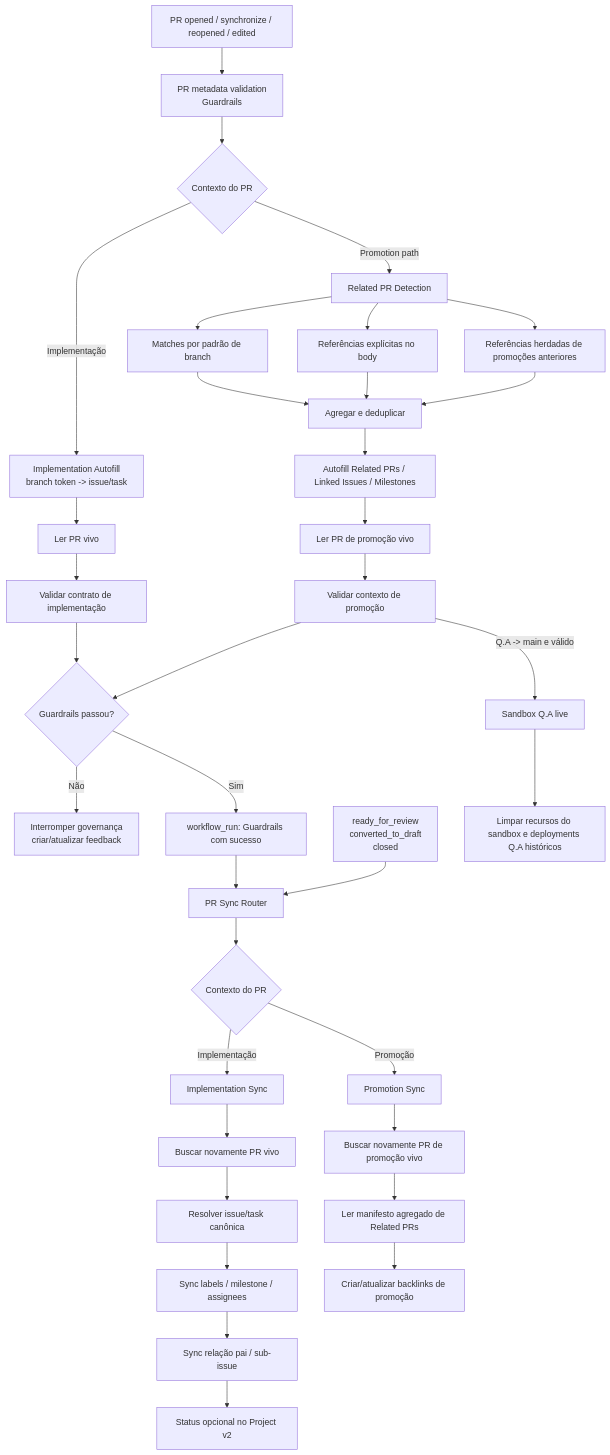
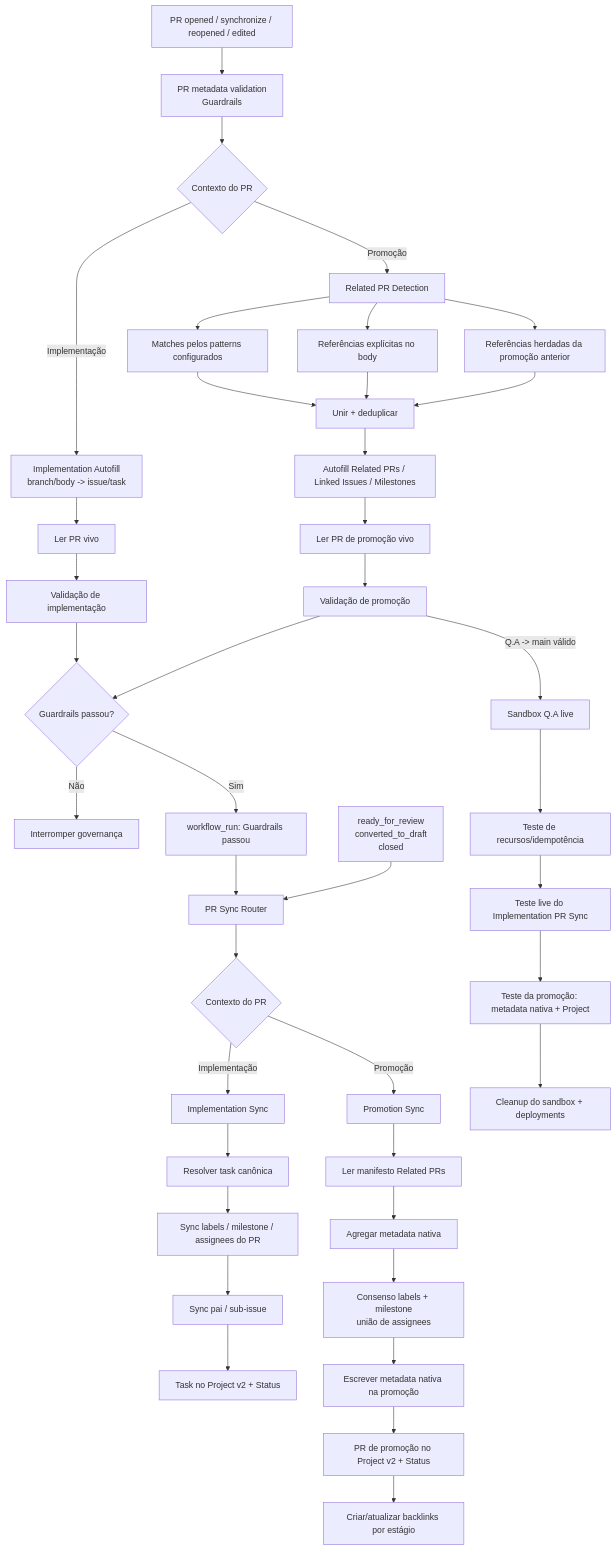
One commit to v-Kaefer/Github-Project-Automation changed the diagram in docs/repo/pr-governance-architecture.pt-BR.md. Above: the diagram before and after it, drawn with Mermaid. The commit also changed other lines of this file, not shown here.

Commit message:
docs: document promotion metadata sync in PT-BR

````diff
--- a/docs/repo/pr-governance-architecture.pt-BR.md
+++ b/docs/repo/pr-governance-architecture.pt-BR.md
@@ -20,46 +20,49 @@
 ```mermaid
 flowchart TD
     A[PR opened / synchronize / reopened / edited] --> G[PR metadata validation<br/>Guardrails]
-
     G --> R{Contexto do PR}
 
-    R -->|Implementação| IAF[Implementation Autofill<br/>branch token -> issue/task]
+    R -->|Implementação| IAF[Implementation Autofill<br/>branch/body -> issue/task]
     IAF --> ILIVE[Ler PR vivo]
-    ILIVE --> IV[Validar contrato de implementação]
+    ILIVE --> IV[Validação de implementação]
 
-    R -->|Promotion path| PAF[Related PR Detection]
-    PAF --> PB[Matches por padrão de branch]
+    R -->|Promoção| PAF[Related PR Detection]
+    PAF --> PB[Matches pelos patterns configurados]
     PAF --> PE[Referências explícitas no body]
-    PAF --> PI[Referências herdadas de promoções anteriores]
-    PB --> PM[Agregar e deduplicar]
+    PAF --> PI[Referências herdadas da promoção anterior]
+    PB --> PM[Unir + deduplicar]
     PE --> PM
     PI --> PM
     PM --> PWRITE[Autofill Related PRs / Linked Issues / Milestones]
     PWRITE --> PLIVE[Ler PR de promoção vivo]
-    PLIVE --> PV[Validar contexto de promoção]
+    PLIVE --> PV[Validação de promoção]
 
     IV --> V{Guardrails passou?}
     PV --> V
-    V -- Não --> STOP[Interromper governança<br/>criar/atualizar feedback]
-    V -- Sim --> WR[workflow_run: Guardrails com sucesso]
+    V -- Não --> STOP[Interromper governança]
+    V -- Sim --> WR[workflow_run: Guardrails passou]
 
     WR --> S[PR Sync Router]
+    L[ready_for_review<br/>converted_to_draft<br/>closed] --> S
     S --> T{Contexto do PR}
 
     T -->|Implementação| IS[Implementation Sync]
-    IS --> ILIVE2[Buscar novamente PR vivo]
-    ILIVE2 --> TASK[Resolver issue/task canônica]
-    TASK --> META[Sync labels / milestone / assignees]
-    META --> REL[Sync relação pai / sub-issue]
-    REL --> PROJ[Status opcional no Project v2]
+    IS --> TASK[Resolver task canônica]
+    TASK --> IMETA[Sync labels / milestone / assignees do PR]
+    IMETA --> REL[Sync pai / sub-issue]
+    REL --> IPROJ[Task no Project v2 + Status]
 
     T -->|Promoção| PS[Promotion Sync]
-    PS --> PLIVE2[Buscar novamente PR de promoção vivo]
-    PLIVE2 --> MANIFEST[Ler manifesto agregado de Related PRs]
-    MANIFEST --> BACKLINK[Criar/atualizar backlinks de promoção]
+    PS --> MANIFEST[Ler manifesto Related PRs]
+    MANIFEST --> AGG[Agregar metadata nativa]
+    AGG --> PCONS[Consenso labels + milestone<br/>união de assignees]
+    PCONS --> PPR[Escrever metadata nativa na promoção]
+    PPR --> PPROJ[PR de promoção no Project v2 + Status]
+    PPROJ --> BACKLINK[Criar/atualizar backlinks por estágio]
 
-    L[ready_for_review<br/>converted_to_draft<br/>closed] --> S
-
-    PV -->|Q.A -> main e válido| QA[Sandbox Q.A live]
-    QA --> QAC[Limpar recursos do sandbox e deployments Q.A históricos]
+    PV -->|Q.A -> main válido| QA[Sandbox Q.A live]
+    QA --> QAR[Teste de recursos/idempotência]
+    QAR --> QAI[Teste live do Implementation PR Sync]
+    QAI --> QAP[Teste da promoção: metadata nativa + Project]
+    QAP --> QAC[Cleanup do sandbox + deployments]
 ```
````
